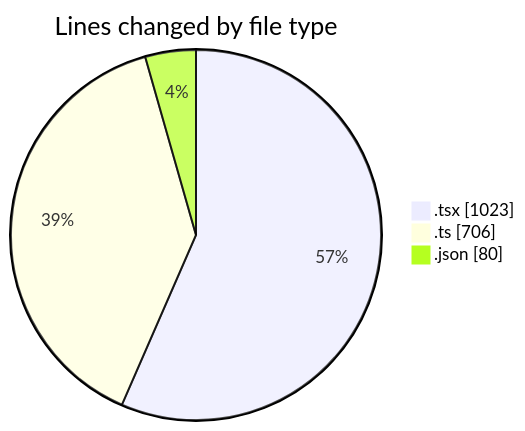
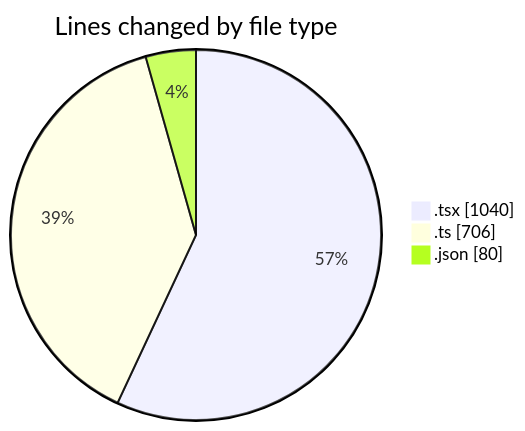
Before and after one commit to nxtqubesakshisongat/code-tracking: the first of 2 diagrams in 2026-03-25/nxtqube_webapp/README.md, drawn with Mermaid. The commit also changed other lines of this file and 1 other file, not shown here.

````diff
--- a/2026-03-25/nxtqube_webapp/README.md
+++ b/2026-03-25/nxtqube_webapp/README.md
@@ -25,7 +25,7 @@
 ```mermaid
 pie showData
 title Lines changed by file type
-".tsx" : 1023
+".tsx" : 1040
 ".ts" : 706
 ".json" : 80
 ```
````
